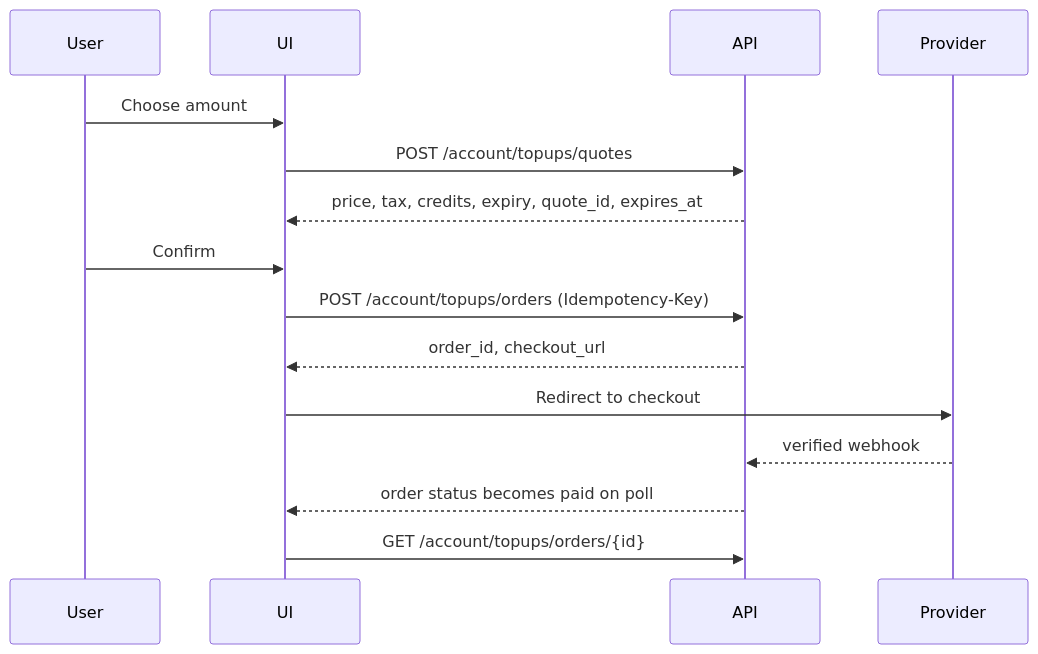
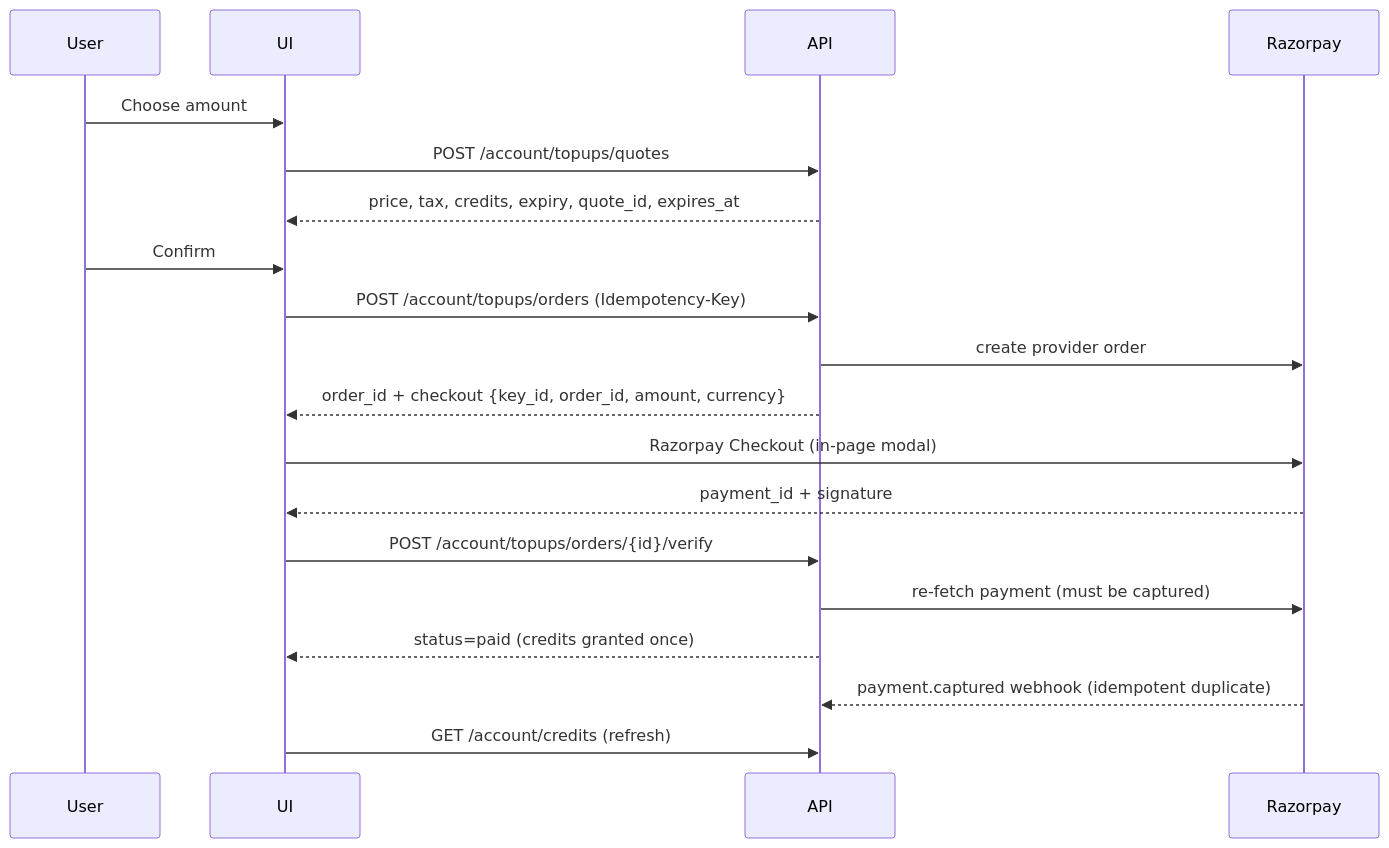
Before and after one commit to devnegikec/horizon-sync-erp-be: the diagram in SUBSCRIPTION_CUSTOMER_DASHBOARD_INTEGRATION.md, drawn with Mermaid. The commit also changed other lines of this file and 15 other files, not shown here.

````diff
--- a/SUBSCRIPTION_CUSTOMER_DASHBOARD_INTEGRATION.md
+++ b/SUBSCRIPTION_CUSTOMER_DASHBOARD_INTEGRATION.md
@@ -234,17 +234,21 @@
 ```mermaid
 sequenceDiagram
     participant User
     participant UI
     participant API
-    participant Provider
+    participant Razorpay
     User->>UI: Choose amount
     UI->>API: POST /account/topups/quotes
     API-->>UI: price, tax, credits, expiry, quote_id, expires_at
     User->>UI: Confirm
     UI->>API: POST /account/topups/orders (Idempotency-Key)
-    API-->>UI: order_id, checkout_url
-    UI->>Provider: Redirect to checkout
-    Provider-->>API: verified webhook
-    API-->>UI: order status becomes paid on poll
-    UI->>API: GET /account/topups/orders/{id}
+    API->>Razorpay: create provider order
+    API-->>UI: order_id + checkout {key_id, order_id, amount, currency}
+    UI->>Razorpay: Razorpay Checkout (in-page modal)
+    Razorpay-->>UI: payment_id + signature
+    UI->>API: POST /account/topups/orders/{id}/verify
+    API->>Razorpay: re-fetch payment (must be captured)
+    API-->>UI: status=paid (credits granted once)
+    Razorpay-->>API: payment.captured webhook (idempotent duplicate)
+    UI->>API: GET /account/credits (refresh)
 ```
````
